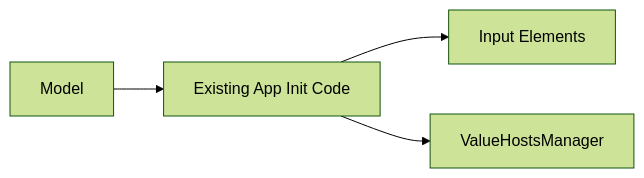
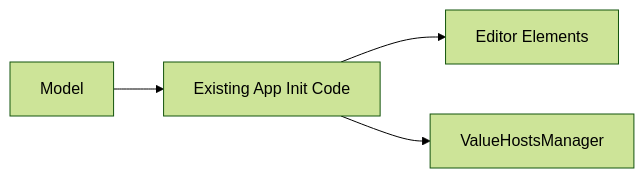
Before and after one commit to plblum/jivs: the fifth of 5 diagrams in docs/Learning_Jivs/Initializing_the_Client_Form.md, drawn with Mermaid (forest theme). The commit also changed other lines of this file and 5 other files, not shown here.

````diff
--- a/docs/Learning_Jivs/Initializing_the_Client_Form.md
+++ b/docs/Learning_Jivs/Initializing_the_Client_Form.md
@@ -149,6 +163,6 @@
 ```mermaid
 flowchart LR
     MODEL["Model"] --> APP["Existing App Init Code"]
-    APP --> INPUT["Input Elements"]
+    APP --> INPUT["Editor Elements"]
     APP --> VHM["ValueHostsManager"]
 ```
````
